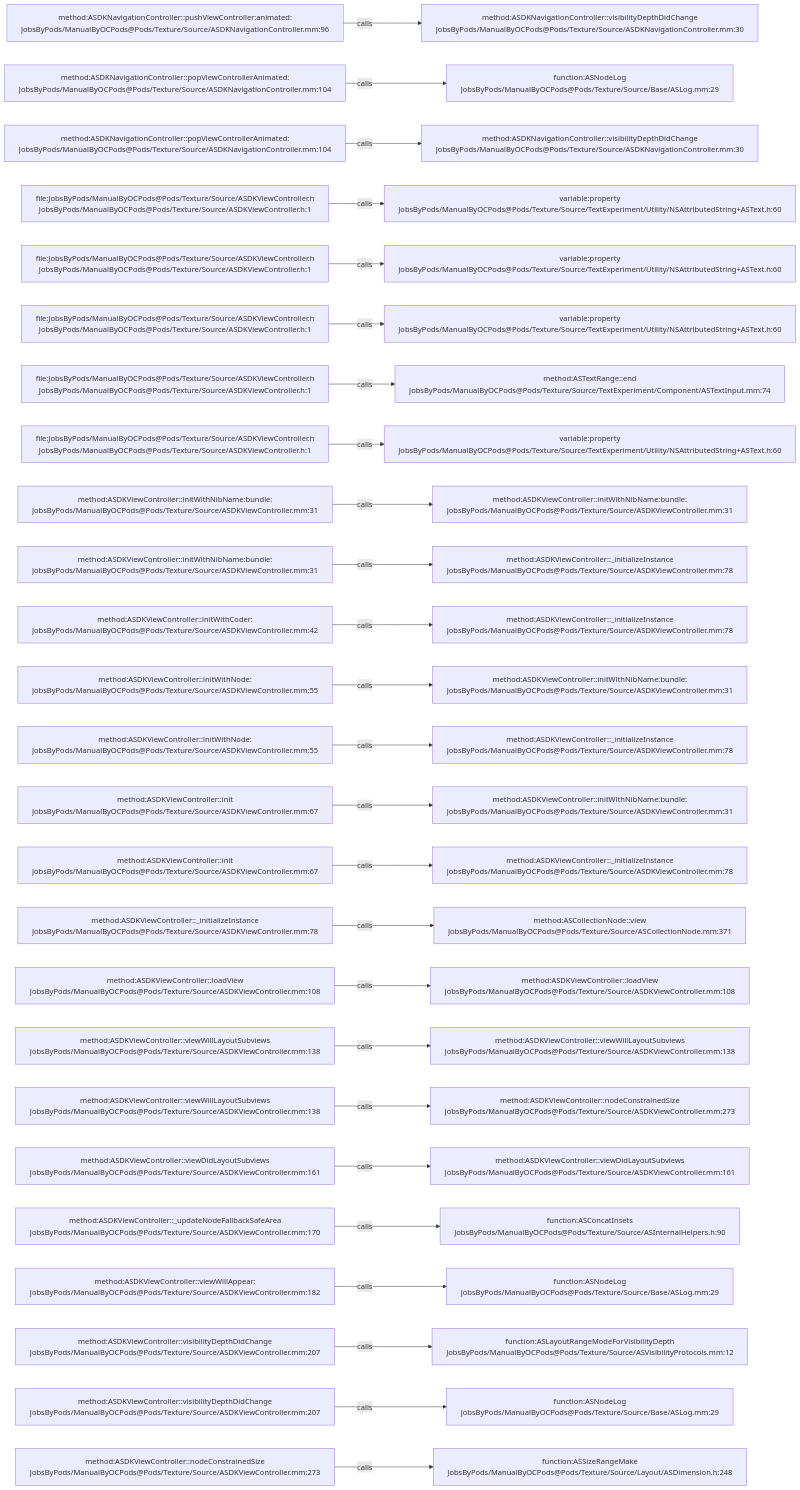
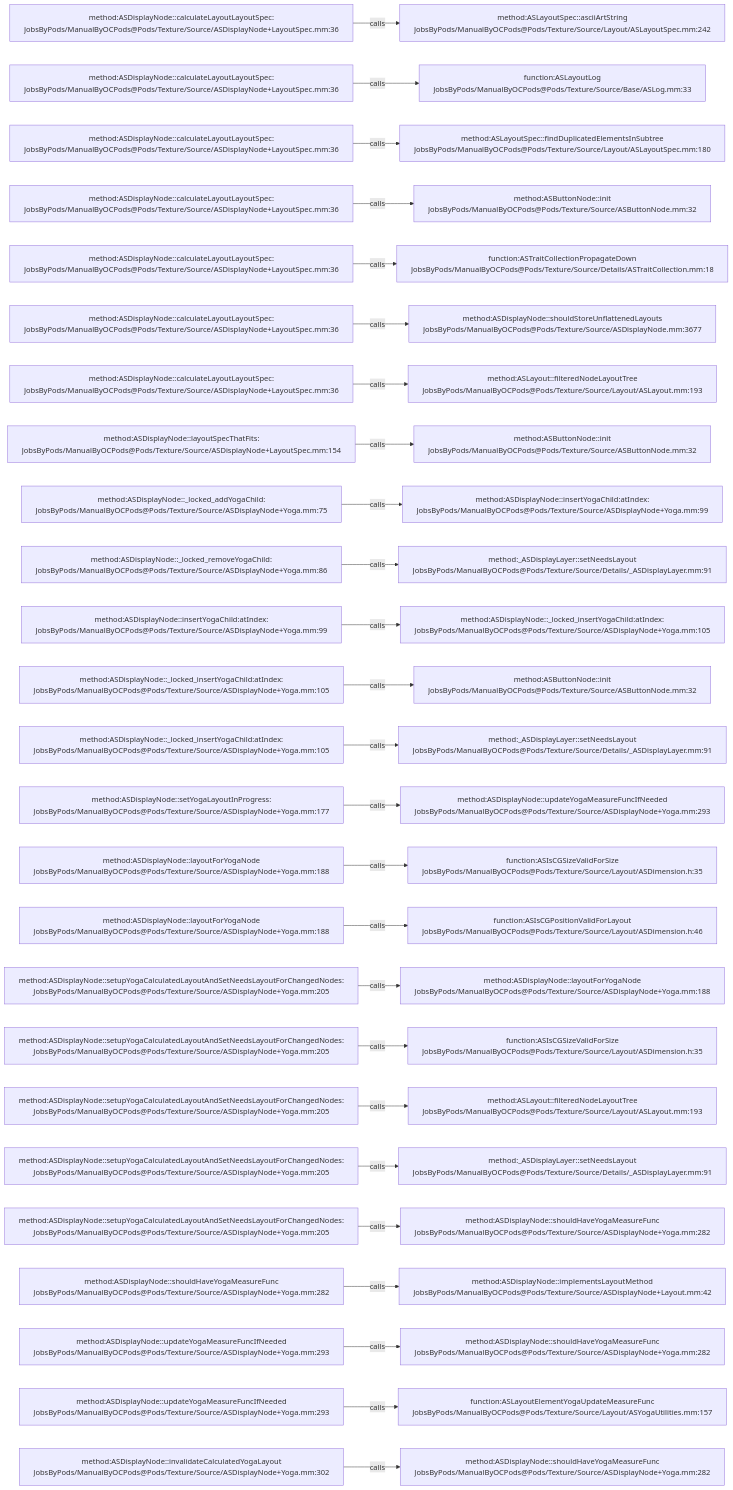
The diagram in .codegraph/codegraph.md/graphs/calls-096.md (JobsKits/JobsOCBaseConfigDemo), drawn with Mermaid before and after one commit. The commit also changed 1223 other files, not shown here.

````diff
--- a/.codegraph/codegraph.md/graphs/calls-096.md
+++ b/.codegraph/codegraph.md/graphs/calls-096.md
@@ -13,78 +13,78 @@
 ```mermaid
 flowchart LR
-  S1["method:ASDKNavigationController::pushViewController:animated:<br/>JobsByPods/ManualByOCPods@Pods/Texture/Source/ASDKNavigationController.mm:96"]
-  T1["method:ASDKNavigationController::visibilityDepthDidChange<br/>JobsByPods/ManualByOCPods@Pods/Texture/Source/ASDKNavigationController.mm:30"]
+  S1["method:ASDisplayNode::calculateLayoutLayoutSpec:<br/>JobsByPods/ManualByOCPods@Pods/Texture/Source/ASDisplayNode+LayoutSpec.mm:36"]
+  T1["method:ASLayoutSpec::asciiArtString<br/>JobsByPods/ManualByOCPods@Pods/Texture/Source/Layout/ASLayoutSpec.mm:242"]
   S1 -->|calls| T1
-  S2["method:ASDKNavigationController::popViewControllerAnimated:<br/>JobsByPods/ManualByOCPods@Pods/Texture/Source/ASDKNavigationController.mm:104"]
-  T2["function:ASNodeLog<br/>JobsByPods/ManualByOCPods@Pods/Texture/Source/Base/ASLog.mm:29"]
+  S2["method:ASDisplayNode::calculateLayoutLayoutSpec:<br/>JobsByPods/ManualByOCPods@Pods/Texture/Source/ASDisplayNode+LayoutSpec.mm:36"]
+  T2["function:ASLayoutLog<br/>JobsByPods/ManualByOCPods@Pods/Texture/Source/Base/ASLog.mm:33"]
   S2 -->|calls| T2
-  S3["method:ASDKNavigationController::popViewControllerAnimated:<br/>JobsByPods/ManualByOCPods@Pods/Texture/Source/ASDKNavigationController.mm:104"]
-  T3["method:ASDKNavigationController::visibilityDepthDidChange<br/>JobsByPods/ManualByOCPods@Pods/Texture/Source/ASDKNavigationController.mm:30"]
+  S3["method:ASDisplayNode::calculateLayoutLayoutSpec:<br/>JobsByPods/ManualByOCPods@Pods/Texture/Source/ASDisplayNode+LayoutSpec.mm:36"]
+  T3["method:ASLayoutSpec::findDuplicatedElementsInSubtree<br/>JobsByPods/ManualByOCPods@Pods/Texture/Source/Layout/ASLayoutSpec.mm:180"]
   S3 -->|calls| T3
-  S4["file:JobsByPods/ManualByOCPods@Pods/Texture/Source/ASDKViewController.h<br/>JobsByPods/ManualByOCPods@Pods/Texture/Source/ASDKViewController.h:1"]
-  T4["variable:property<br/>JobsByPods/ManualByOCPods@Pods/Texture/Source/TextExperiment/Utility/NSAttributedString+ASText.h:60"]
+  S4["method:ASDisplayNode::calculateLayoutLayoutSpec:<br/>JobsByPods/ManualByOCPods@Pods/Texture/Source/ASDisplayNode+LayoutSpec.mm:36"]
+  T4["method:ASButtonNode::init<br/>JobsByPods/ManualByOCPods@Pods/Texture/Source/ASButtonNode.mm:32"]
   S4 -->|calls| T4
-  S5["file:JobsByPods/ManualByOCPods@Pods/Texture/Source/ASDKViewController.h<br/>JobsByPods/ManualByOCPods@Pods/Texture/Source/ASDKViewController.h:1"]
-  T5["variable:property<br/>JobsByPods/ManualByOCPods@Pods/Texture/Source/TextExperiment/Utility/NSAttributedString+ASText.h:60"]
+  S5["method:ASDisplayNode::calculateLayoutLayoutSpec:<br/>JobsByPods/ManualByOCPods@Pods/Texture/Source/ASDisplayNode+LayoutSpec.mm:36"]
+  T5["function:ASTraitCollectionPropagateDown<br/>JobsByPods/ManualByOCPods@Pods/Texture/Source/Details/ASTraitCollection.mm:18"]
   S5 -->|calls| T5
-  S6["file:JobsByPods/ManualByOCPods@Pods/Texture/Source/ASDKViewController.h<br/>JobsByPods/ManualByOCPods@Pods/Texture/Source/ASDKViewController.h:1"]
-  T6["variable:property<br/>JobsByPods/ManualByOCPods@Pods/Texture/Source/TextExperiment/Utility/NSAttributedString+ASText.h:60"]
+  S6["method:ASDisplayNode::calculateLayoutLayoutSpec:<br/>JobsByPods/ManualByOCPods@Pods/Texture/Source/ASDisplayNode+LayoutSpec.mm:36"]
+  T6["method:ASDisplayNode::shouldStoreUnflattenedLayouts<br/>JobsByPods/ManualByOCPods@Pods/Texture/Source/ASDisplayNode.mm:3677"]
   S6 -->|calls| T6
-  S7["file:JobsByPods/ManualByOCPods@Pods/Texture/Source/ASDKViewController.h<br/>JobsByPods/ManualByOCPods@Pods/Texture/Source/ASDKViewController.h:1"]
-  T7["method:ASTextRange::end<br/>JobsByPods/ManualByOCPods@Pods/Texture/Source/TextExperiment/Component/ASTextInput.mm:74"]
+  S7["method:ASDisplayNode::calculateLayoutLayoutSpec:<br/>JobsByPods/ManualByOCPods@Pods/Texture/Source/ASDisplayNode+LayoutSpec.mm:36"]
+  T7["method:ASLayout::filteredNodeLayoutTree<br/>JobsByPods/ManualByOCPods@Pods/Texture/Source/Layout/ASLayout.mm:193"]
   S7 -->|calls| T7
-  S8["file:JobsByPods/ManualByOCPods@Pods/Texture/Source/ASDKViewController.h<br/>JobsByPods/ManualByOCPods@Pods/Texture/Source/ASDKViewController.h:1"]
-  T8["variable:property<br/>JobsByPods/ManualByOCPods@Pods/Texture/Source/TextExperiment/Utility/NSAttributedString+ASText.h:60"]
+  S8["method:ASDisplayNode::layoutSpecThatFits:<br/>JobsByPods/ManualByOCPods@Pods/Texture/Source/ASDisplayNode+LayoutSpec.mm:154"]
+  T8["method:ASButtonNode::init<br/>JobsByPods/ManualByOCPods@Pods/Texture/Source/ASButtonNode.mm:32"]
   S8 -->|calls| T8
-  S9["method:ASDKViewController::initWithNibName:bundle:<br/>JobsByPods/ManualByOCPods@Pods/Texture/Source/ASDKViewController.mm:31"]
-  T9["method:ASDKViewController::initWithNibName:bundle:<br/>JobsByPods/ManualByOCPods@Pods/Texture/Source/ASDKViewController.mm:31"]
+  S9["method:ASDisplayNode::_locked_addYogaChild:<br/>JobsByPods/ManualByOCPods@Pods/Texture/Source/ASDisplayNode+Yoga.mm:75"]
+  T9["method:ASDisplayNode::insertYogaChild:atIndex:<br/>JobsByPods/ManualByOCPods@Pods/Texture/Source/ASDisplayNode+Yoga.mm:99"]
   S9 -->|calls| T9
-  S10["method:ASDKViewController::initWithNibName:bundle:<br/>JobsByPods/ManualByOCPods@Pods/Texture/Source/ASDKViewController.mm:31"]
-  T10["method:ASDKViewController::_initializeInstance<br/>JobsByPods/ManualByOCPods@Pods/Texture/Source/ASDKViewController.mm:78"]
+  S10["method:ASDisplayNode::_locked_removeYogaChild:<br/>JobsByPods/ManualByOCPods@Pods/Texture/Source/ASDisplayNode+Yoga.mm:86"]
+  T10["method:_ASDisplayLayer::setNeedsLayout<br/>JobsByPods/ManualByOCPods@Pods/Texture/Source/Details/_ASDisplayLayer.mm:91"]
   S10 -->|calls| T10
-  S11["method:ASDKViewController::initWithCoder:<br/>JobsByPods/ManualByOCPods@Pods/Texture/Source/ASDKViewController.mm:42"]
-  T11["method:ASDKViewController::_initializeInstance<br/>JobsByPods/ManualByOCPods@Pods/Texture/Source/ASDKViewController.mm:78"]
+  S11["method:ASDisplayNode::insertYogaChild:atIndex:<br/>JobsByPods/ManualByOCPods@Pods/Texture/Source/ASDisplayNode+Yoga.mm:99"]
+  T11["method:ASDisplayNode::_locked_insertYogaChild:atIndex:<br/>JobsByPods/ManualByOCPods@Pods/Texture/Source/ASDisplayNode+Yoga.mm:105"]
   S11 -->|calls| T11
-  S12["method:ASDKViewController::initWithNode:<br/>JobsByPods/ManualByOCPods@Pods/Texture/Source/ASDKViewController.mm:55"]
-  T12["method:ASDKViewController::initWithNibName:bundle:<br/>JobsByPods/ManualByOCPods@Pods/Texture/Source/ASDKViewController.mm:31"]
+  S12["method:ASDisplayNode::_locked_insertYogaChild:atIndex:<br/>JobsByPods/ManualByOCPods@Pods/Texture/Source/ASDisplayNode+Yoga.mm:105"]
+  T12["method:ASButtonNode::init<br/>JobsByPods/ManualByOCPods@Pods/Texture/Source/ASButtonNode.mm:32"]
   S12 -->|calls| T12
-  S13["method:ASDKViewController::initWithNode:<br/>JobsByPods/ManualByOCPods@Pods/Texture/Source/ASDKViewController.mm:55"]
-  T13["method:ASDKViewController::_initializeInstance<br/>JobsByPods/ManualByOCPods@Pods/Texture/Source/ASDKViewController.mm:78"]
+  S13["method:ASDisplayNode::_locked_insertYogaChild:atIndex:<br/>JobsByPods/ManualByOCPods@Pods/Texture/Source/ASDisplayNode+Yoga.mm:105"]
+  T13["method:_ASDisplayLayer::setNeedsLayout<br/>JobsByPods/ManualByOCPods@Pods/Texture/Source/Details/_ASDisplayLayer.mm:91"]
   S13 -->|calls| T13
-  S14["method:ASDKViewController::init<br/>JobsByPods/ManualByOCPods@Pods/Texture/Source/ASDKViewController.mm:67"]
-  T14["method:ASDKViewController::initWithNibName:bundle:<br/>JobsByPods/ManualByOCPods@Pods/Texture/Source/ASDKViewController.mm:31"]
+  S14["method:ASDisplayNode::setYogaLayoutInProgress:<br/>JobsByPods/ManualByOCPods@Pods/Texture/Source/ASDisplayNode+Yoga.mm:177"]
+  T14["method:ASDisplayNode::updateYogaMeasureFuncIfNeeded<br/>JobsByPods/ManualByOCPods@Pods/Texture/Source/ASDisplayNode+Yoga.mm:293"]
   S14 -->|calls| T14
-  S15["method:ASDKViewController::init<br/>JobsByPods/ManualByOCPods@Pods/Texture/Source/ASDKViewController.mm:67"]
-  T15["method:ASDKViewController::_initializeInstance<br/>JobsByPods/ManualByOCPods@Pods/Texture/Source/ASDKViewController.mm:78"]
+  S15["method:ASDisplayNode::layoutForYogaNode<br/>JobsByPods/ManualByOCPods@Pods/Texture/Source/ASDisplayNode+Yoga.mm:188"]
+  T15["function:ASIsCGSizeValidForSize<br/>JobsByPods/ManualByOCPods@Pods/Texture/Source/Layout/ASDimension.h:35"]
   S15 -->|calls| T15
-  S16["method:ASDKViewController::_initializeInstance<br/>JobsByPods/ManualByOCPods@Pods/Texture/Source/ASDKViewController.mm:78"]
-  T16["method:ASCollectionNode::view<br/>JobsByPods/ManualByOCPods@Pods/Texture/Source/ASCollectionNode.mm:371"]
+  S16["method:ASDisplayNode::layoutForYogaNode<br/>JobsByPods/ManualByOCPods@Pods/Texture/Source/ASDisplayNode+Yoga.mm:188"]
+  T16["function:ASIsCGPositionValidForLayout<br/>JobsByPods/ManualByOCPods@Pods/Texture/Source/Layout/ASDimension.h:46"]
   S16 -->|calls| T16
-  S17["method:ASDKViewController::loadView<br/>JobsByPods/ManualByOCPods@Pods/Texture/Source/ASDKViewController.mm:108"]
-  T17["method:ASDKViewController::loadView<br/>JobsByPods/ManualByOCPods@Pods/Texture/Source/ASDKViewController.mm:108"]
+  S17["method:ASDisplayNode::setupYogaCalculatedLayoutAndSetNeedsLayoutForChangedNodes:<br/>JobsByPods/ManualByOCPods@Pods/Texture/Source/ASDisplayNode+Yoga.mm:205"]
+  T17["method:ASDisplayNode::layoutForYogaNode<br/>JobsByPods/ManualByOCPods@Pods/Texture/Source/ASDisplayNode+Yoga.mm:188"]
   S17 -->|calls| T17
-  S18["method:ASDKViewController::viewWillLayoutSubviews<br/>JobsByPods/ManualByOCPods@Pods/Texture/Source/ASDKViewController.mm:138"]
-  T18["method:ASDKViewController::viewWillLayoutSubviews<br/>JobsByPods/ManualByOCPods@Pods/Texture/Source/ASDKViewController.mm:138"]
+  S18["method:ASDisplayNode::setupYogaCalculatedLayoutAndSetNeedsLayoutForChangedNodes:<br/>JobsByPods/ManualByOCPods@Pods/Texture/Source/ASDisplayNode+Yoga.mm:205"]
+  T18["function:ASIsCGSizeValidForSize<br/>JobsByPods/ManualByOCPods@Pods/Texture/Source/Layout/ASDimension.h:35"]
   S18 -->|calls| T18
-  S19["method:ASDKViewController::viewWillLayoutSubviews<br/>JobsByPods/ManualByOCPods@Pods/Texture/Source/ASDKViewController.mm:138"]
-  T19["method:ASDKViewController::nodeConstrainedSize<br/>JobsByPods/ManualByOCPods@Pods/Texture/Source/ASDKViewController.mm:273"]
+  S19["method:ASDisplayNode::setupYogaCalculatedLayoutAndSetNeedsLayoutForChangedNodes:<br/>JobsByPods/ManualByOCPods@Pods/Texture/Source/ASDisplayNode+Yoga.mm:205"]
+  T19["method:ASLayout::filteredNodeLayoutTree<br/>JobsByPods/ManualByOCPods@Pods/Texture/Source/Layout/ASLayout.mm:193"]
   S19 -->|calls| T19
-  S20["method:ASDKViewController::viewDidLayoutSubviews<br/>JobsByPods/ManualByOCPods@Pods/Texture/Source/ASDKViewController.mm:161"]
-  T20["method:ASDKViewController::viewDidLayoutSubviews<br/>JobsByPods/ManualByOCPods@Pods/Texture/Source/ASDKViewController.mm:161"]
+  S20["method:ASDisplayNode::setupYogaCalculatedLayoutAndSetNeedsLayoutForChangedNodes:<br/>JobsByPods/ManualByOCPods@Pods/Texture/Source/ASDisplayNode+Yoga.mm:205"]
+  T20["method:_ASDisplayLayer::setNeedsLayout<br/>JobsByPods/ManualByOCPods@Pods/Texture/Source/Details/_ASDisplayLayer.mm:91"]
   S20 -->|calls| T20
-  S21["method:ASDKViewController::_updateNodeFallbackSafeArea<br/>JobsByPods/ManualByOCPods@Pods/Texture/Source/ASDKViewController.mm:170"]
-  T21["function:ASConcatInsets<br/>JobsByPods/ManualByOCPods@Pods/Texture/Source/ASInternalHelpers.h:90"]
+  S21["method:ASDisplayNode::setupYogaCalculatedLayoutAndSetNeedsLayoutForChangedNodes:<br/>JobsByPods/ManualByOCPods@Pods/Texture/Source/ASDisplayNode+Yoga.mm:205"]
+  T21["method:ASDisplayNode::shouldHaveYogaMeasureFunc<br/>JobsByPods/ManualByOCPods@Pods/Texture/Source/ASDisplayNode+Yoga.mm:282"]
   S21 -->|calls| T21
-  S22["method:ASDKViewController::viewWillAppear:<br/>JobsByPods/ManualByOCPods@Pods/Texture/Source/ASDKViewController.mm:182"]
-  T22["function:ASNodeLog<br/>JobsByPods/ManualByOCPods@Pods/Texture/Source/Base/ASLog.mm:29"]
+  S22["method:ASDisplayNode::shouldHaveYogaMeasureFunc<br/>JobsByPods/ManualByOCPods@Pods/Texture/Source/ASDisplayNode+Yoga.mm:282"]
+  T22["method:ASDisplayNode::implementsLayoutMethod<br/>JobsByPods/ManualByOCPods@Pods/Texture/Source/ASDisplayNode+Layout.mm:42"]
   S22 -->|calls| T22
-  S23["method:ASDKViewController::visibilityDepthDidChange<br/>JobsByPods/ManualByOCPods@Pods/Texture/Source/ASDKViewController.mm:207"]
-  T23["function:ASLayoutRangeModeForVisibilityDepth<br/>JobsByPods/ManualByOCPods@Pods/Texture/Source/ASVisibilityProtocols.mm:12"]
+  S23["method:ASDisplayNode::updateYogaMeasureFuncIfNeeded<br/>JobsByPods/ManualByOCPods@Pods/Texture/Source/ASDisplayNode+Yoga.mm:293"]
+  T23["method:ASDisplayNode::shouldHaveYogaMeasureFunc<br/>JobsByPods/ManualByOCPods@Pods/Texture/Source/ASDisplayNode+Yoga.mm:282"]
   S23 -->|calls| T23
-  S24["method:ASDKViewController::visibilityDepthDidChange<br/>JobsByPods/ManualByOCPods@Pods/Texture/Source/ASDKViewController.mm:207"]
-  T24["function:ASNodeLog<br/>JobsByPods/ManualByOCPods@Pods/Texture/Source/Base/ASLog.mm:29"]
+  S24["method:ASDisplayNode::updateYogaMeasureFuncIfNeeded<br/>JobsByPods/ManualByOCPods@Pods/Texture/Source/ASDisplayNode+Yoga.mm:293"]
+  T24["function:ASLayoutElementYogaUpdateMeasureFunc<br/>JobsByPods/ManualByOCPods@Pods/Texture/Source/Layout/ASYogaUtilities.mm:157"]
   S24 -->|calls| T24
-  S25["method:ASDKViewController::nodeConstrainedSize<br/>JobsByPods/ManualByOCPods@Pods/Texture/Source/ASDKViewController.mm:273"]
-  T25["function:ASSizeRangeMake<br/>JobsByPods/ManualByOCPods@Pods/Texture/Source/Layout/ASDimension.h:248"]
+  S25["method:ASDisplayNode::invalidateCalculatedYogaLayout<br/>JobsByPods/ManualByOCPods@Pods/Texture/Source/ASDisplayNode+Yoga.mm:302"]
+  T25["method:ASDisplayNode::shouldHaveYogaMeasureFunc<br/>JobsByPods/ManualByOCPods@Pods/Texture/Source/ASDisplayNode+Yoga.mm:282"]
   S25 -->|calls| T25
 ```
````
